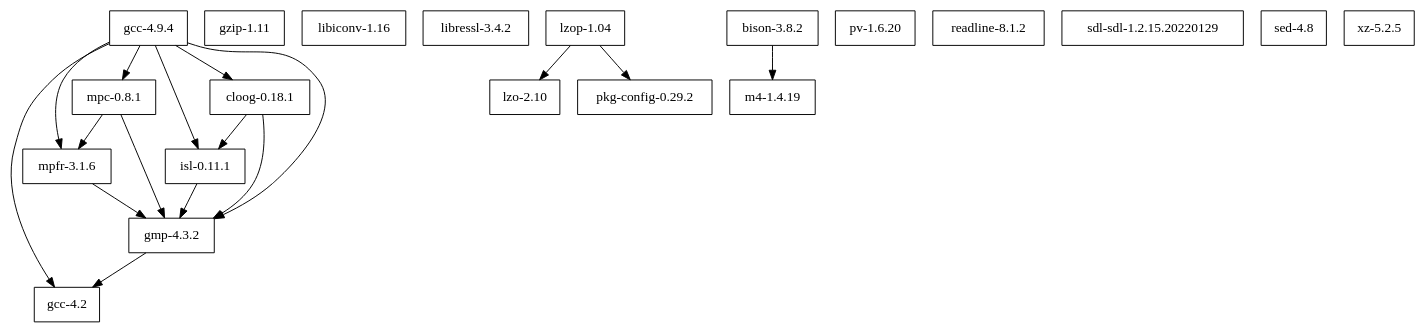
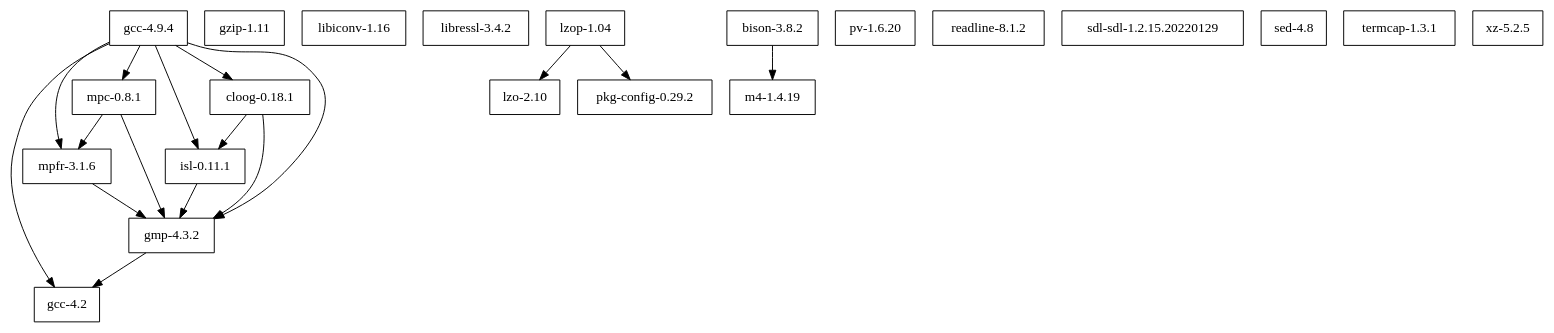
The diagram in leopardsh/deps/dependencies.dot (cellularmitosis/leopard.sh), drawn with Graphviz before and after one commit. The commit also changed 16 other files, not shown here.

```diff
--- a/leopardsh/deps/dependencies.dot
+++ b/leopardsh/deps/dependencies.dot
@@ -1,38 +1,39 @@
 digraph mygraph {
 node [shape=box];
 
 "gcc-4.2"
 "gzip-1.11"
 "libiconv-1.16"
 "libressl-3.4.2"
 "lzo-2.10"
 "m4-1.4.19"
 "pkg-config-0.29.2"
 "pv-1.6.20"
 "readline-8.1.2"
 "sdl-sdl-1.2.15.20220129"
 "sed-4.8"
+"termcap-1.3.1"
 "xz-5.2.5"
 
 "bison-3.8.2" -> "m4-1.4.19"
 "gmp-4.3.2" -> "gcc-4.2"
 "lzop-1.04" -> "lzo-2.10"
 "lzop-1.04" -> "pkg-config-0.29.2"
 
 "mpfr-3.1.6" -> "gmp-4.3.2"
 "isl-0.11.1" -> "gmp-4.3.2"
 
 "mpc-0.8.1" -> "gmp-4.3.2"
 "mpc-0.8.1" -> "mpfr-3.1.6"
 
 "cloog-0.18.1" -> "gmp-4.3.2"
 "cloog-0.18.1" -> "isl-0.11.1"
 
 "gcc-4.9.4" -> "gcc-4.2"
 "gcc-4.9.4" -> "gmp-4.3.2"
 "gcc-4.9.4" -> "mpfr-3.1.6"
 "gcc-4.9.4" -> "mpc-0.8.1"
 "gcc-4.9.4" -> "isl-0.11.1"
 "gcc-4.9.4" -> "cloog-0.18.1"
 
 }
```
